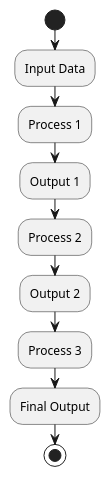
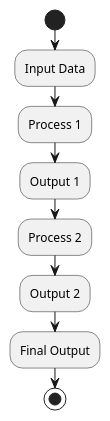
The diagram in flowchart.puml (FelixOtienoArogo/VoiceGpt), drawn with PlantUML before and after one commit.

Commit message:
automating PlantUML

```diff
--- a/flowchart.puml
+++ b/flowchart.puml
@@ -1,11 +1,10 @@
 @startuml
 start
 :Input Data;
 :Process 1;
 :Output 1;
 :Process 2;
 :Output 2;
-:Process 3;
 :Final Output;
 stop
 @enduml
```
